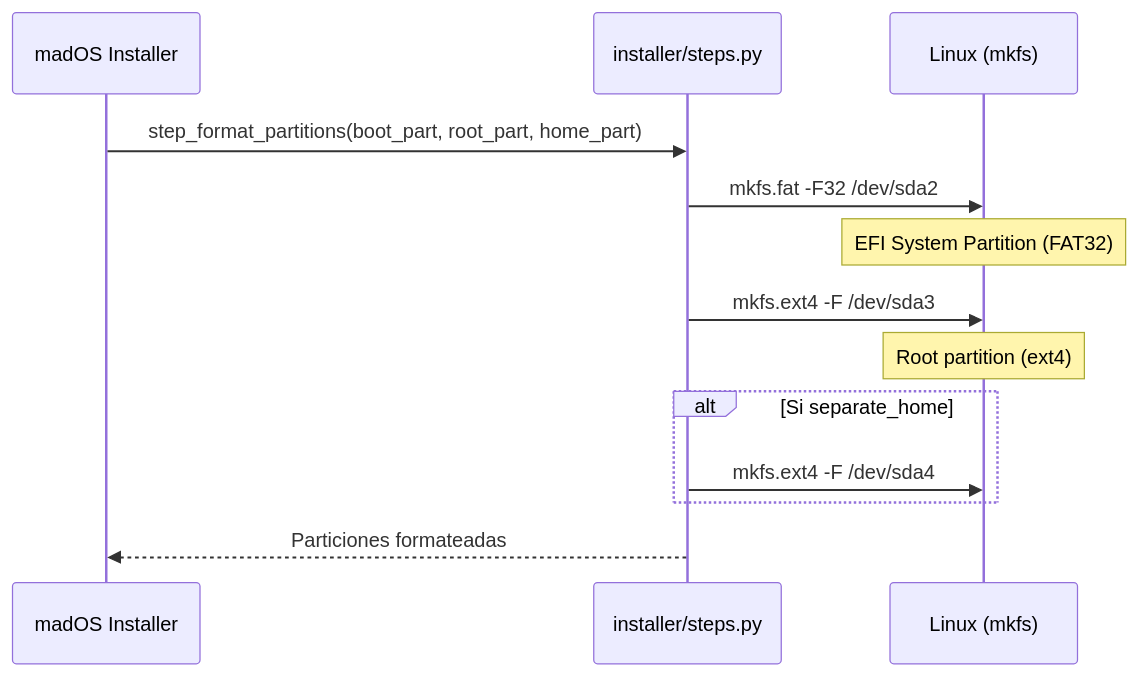
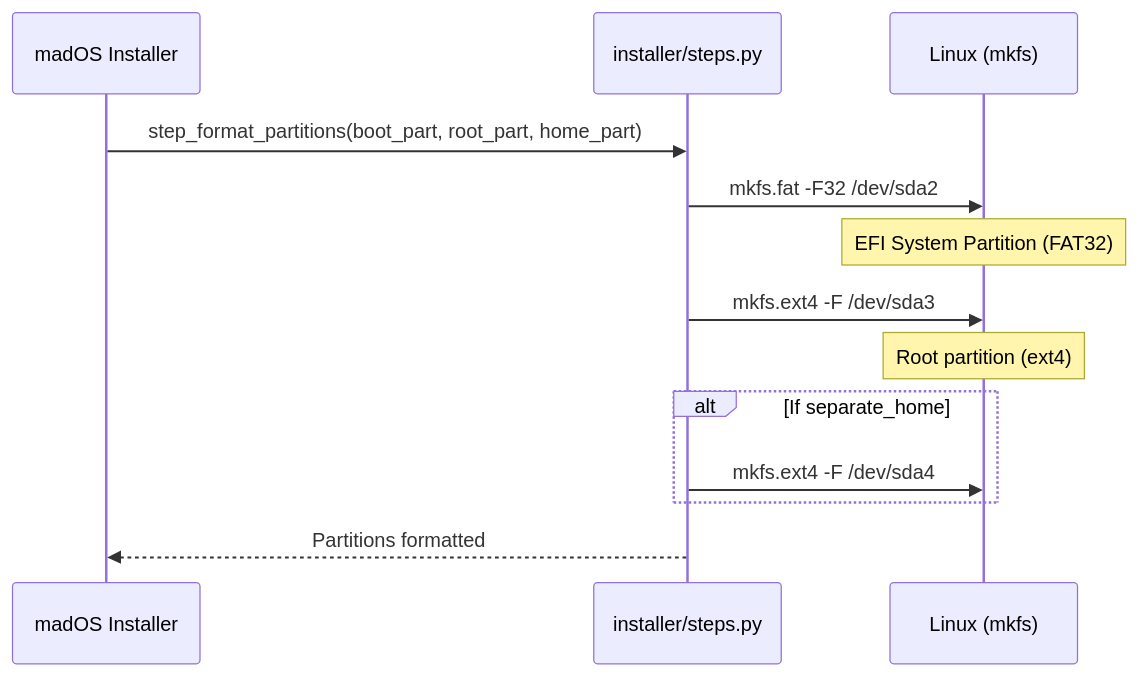
The third of 12 diagrams in INSTALLATION_FLOW.md (madoslinux/mados-installer), drawn with Mermaid before and after one commit. The commit also changed other lines of this file and 1 other file, not shown here.

````diff
--- a/INSTALLATION_FLOW.md
+++ b/INSTALLATION_FLOW.md
@@ -59,20 +59,20 @@
 ```mermaid
 sequenceDiagram
     participant App as madOS Installer
     participant Steps as installer/steps.py
     participant System as Linux (mkfs)
 
     App->>Steps: step_format_partitions(boot_part, root_part, home_part)
 
     Steps->>System: mkfs.fat -F32 /dev/sda2
     Note over System: EFI System Partition (FAT32)
 
     Steps->>System: mkfs.ext4 -F /dev/sda3
     Note over System: Root partition (ext4)
 
-    alt Si separate_home
+    alt If separate_home
         Steps->>System: mkfs.ext4 -F /dev/sda4
     end
 
-    Steps-->>App: Particiones formateadas
+    Steps-->>App: Partitions formatted
 ```
````
